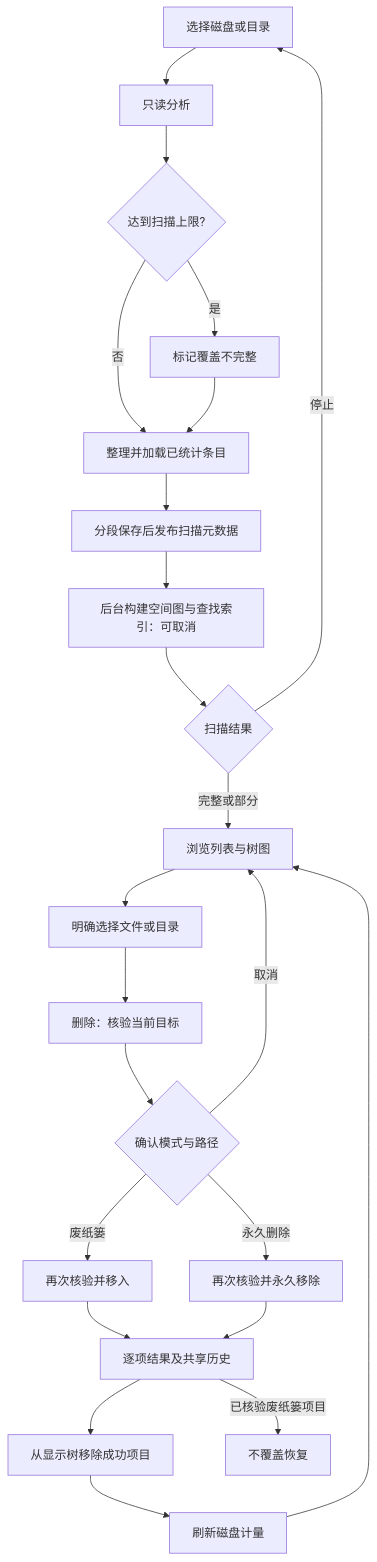
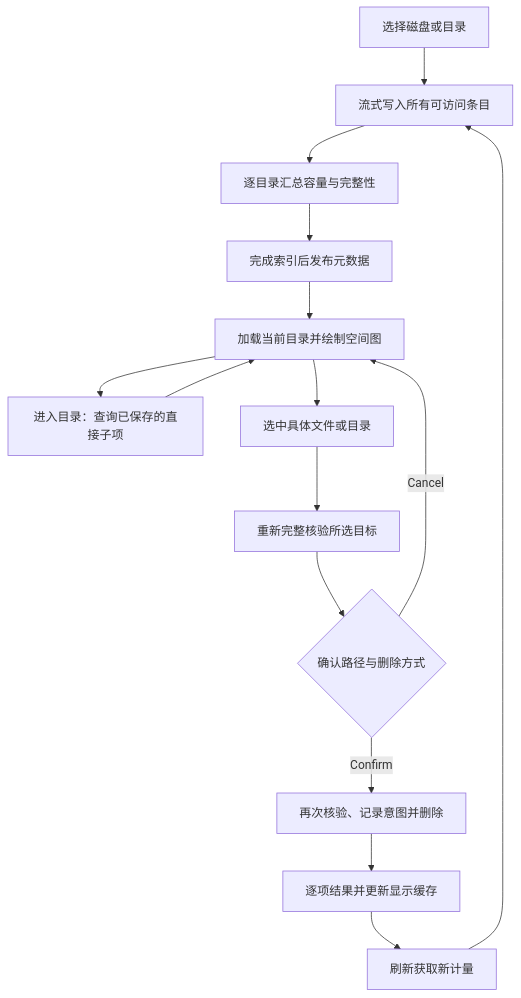
The second of 5 diagrams in docs/zh-CN/product/space-analysis.md (limecloud/shou), drawn with Mermaid before and after one commit. The commit also changed other lines of this file and 117 other files, not shown here.

````diff
--- a/docs/zh-CN/product/space-analysis.md
+++ b/docs/zh-CN/product/space-analysis.md
@@ -36,25 +37,17 @@
 ```mermaid
 flowchart TD
-  A[选择磁盘或目录] --> B[只读分析]
-  B --> Limit{达到扫描上限?}
-  Limit -->|是| Partial[标记覆盖不完整]
-  Limit -->|否| Prepare[整理并加载已统计条目]
-  Partial --> Prepare
-  Prepare --> Save[分段保存后发布扫描元数据]
-  Save --> Index[后台构建空间图与查找索引：可取消]
-  Index --> C{扫描结果}
-  C -->|完整或部分| D[浏览列表与树图]
-  C -->|停止| A
-  D --> E[明确选择文件或目录]
-  E --> F[删除：核验当前目标]
-  F --> G{确认模式与路径}
-  G -->|取消| D
-  G -->|废纸篓| H[再次核验并移入]
-  G -->|永久删除| I[再次核验并永久移除]
-  H --> J[逐项结果及共享历史]
-  I --> J
-  J --> K[从显示树移除成功项目]
-  K --> L[刷新磁盘计量]
-  L --> D
-  J -->|已核验废纸篓项目| M[不覆盖恢复]
+  A[选择磁盘或目录] --> B[流式写入所有可访问条目]
+  B --> C[逐目录汇总容量与完整性]
+  C --> D[完成索引后发布元数据]
+  D --> E[加载当前目录并绘制空间图]
+  E --> F[进入目录：查询已保存的直接子项]
+  F --> E
+  E --> G[选中具体文件或目录]
+  G --> H[重新完整核验所选目标]
+  H --> I{确认路径与删除方式}
+  I -->|Cancel| E
+  I -->|Confirm| J[再次核验、记录意图并删除]
+  J --> K[逐项结果并更新显示缓存]
+  K --> L[刷新获取新计量]
+  L --> B
 ```
````
